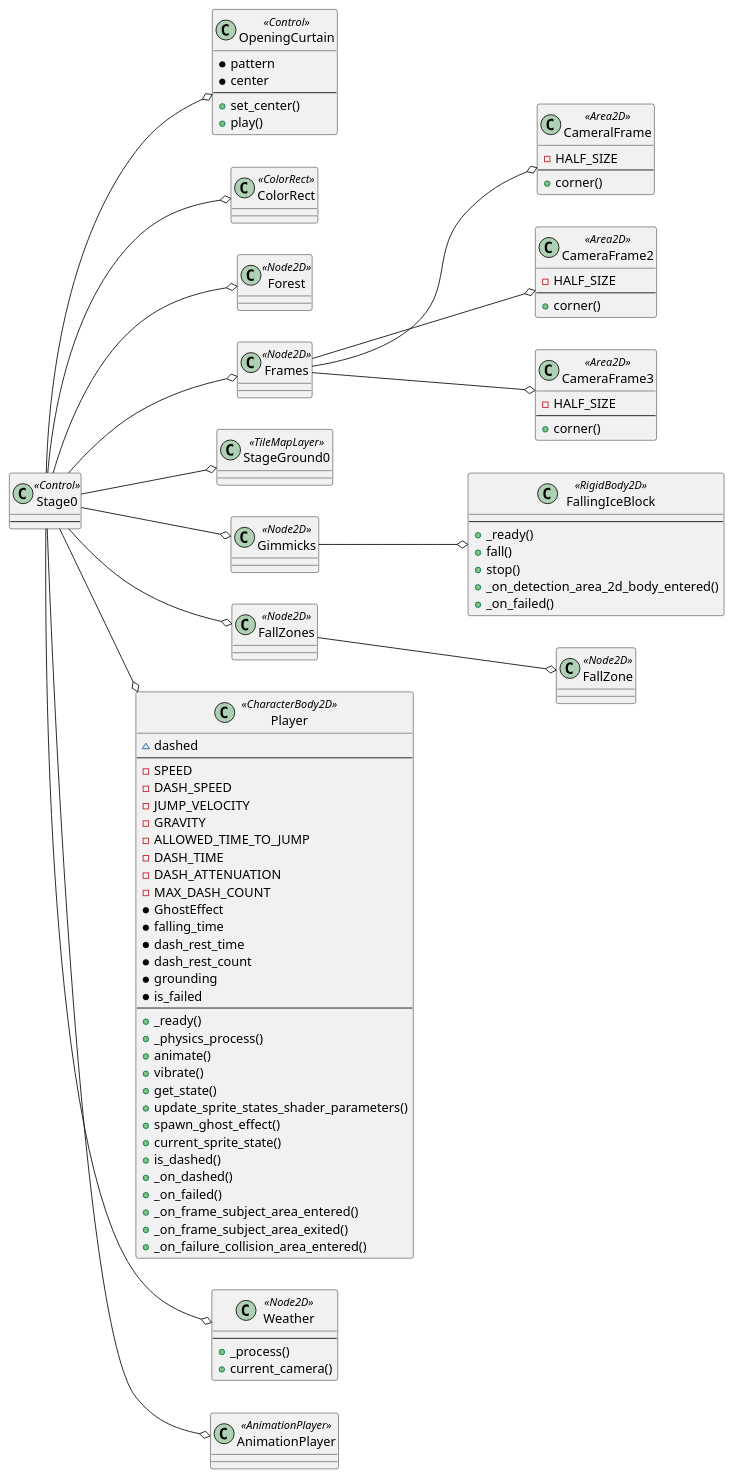
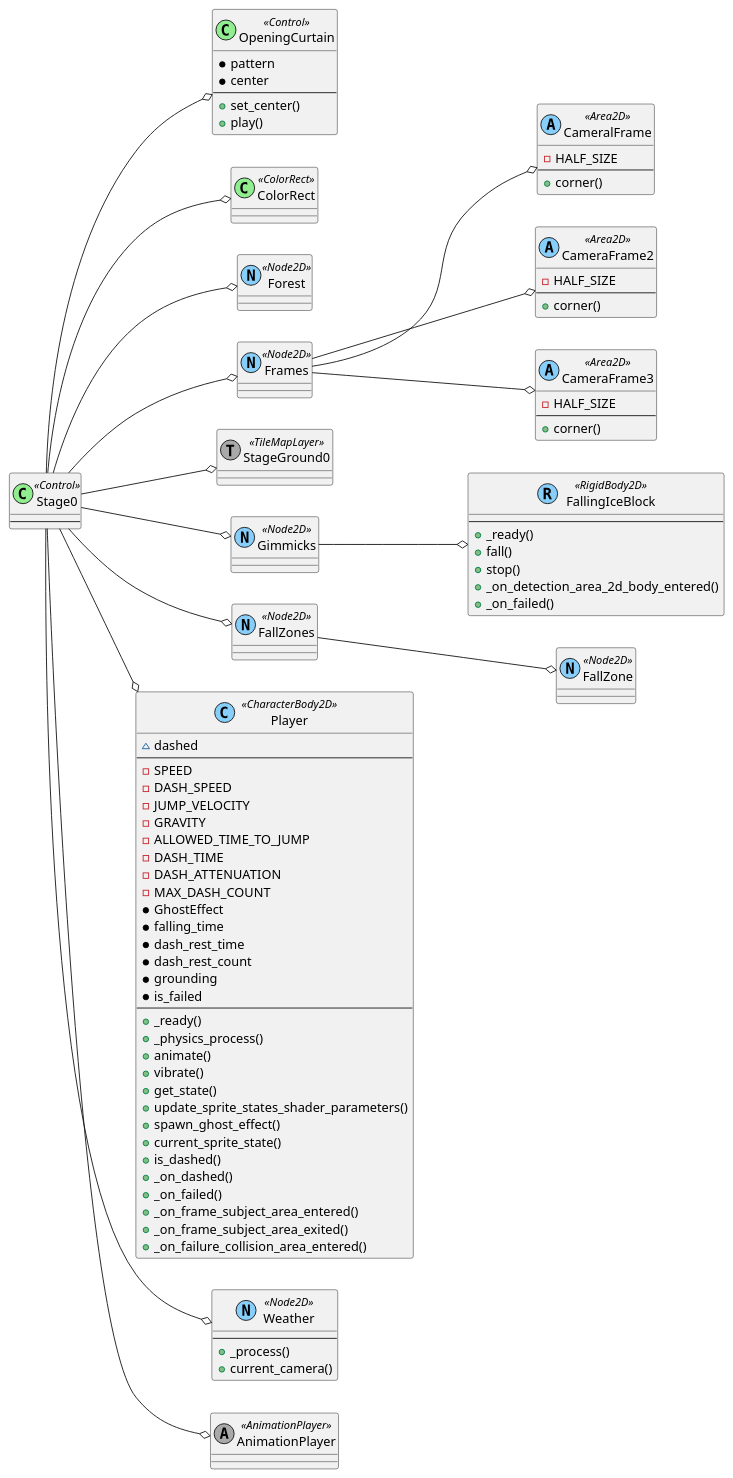
Before and after one commit to tkmfujise/Platformer-Game-Learning: the diagram in content/scenes/src/chapters/0/stages/0/stage_0.tscn.adoc, drawn with PlantUML. The commit also changed 69 other files, not shown here.

Commit message:
Change scene diagram class color

```diff
--- a/content/scenes/src/chapters/0/stages/0/stage_0.tscn.adoc
+++ b/content/scenes/src/chapters/0/stages/0/stage_0.tscn.adoc
@@ -9,41 +9,41 @@
 [plantuml]
 ....
-class ROOT as "Stage0" <<Control>> {
+class ROOT as "Stage0" <<(C,lightgreen) Control>> {
 ---
 }
-class OpeningCurtain as "OpeningCurtain" <<Control>> {
+class OpeningCurtain as "OpeningCurtain" <<(C,lightgreen) Control>> {
   * pattern
   * center
 ---
   + set_center()
   + play()
 }
-class ColorRect as "ColorRect" <<ColorRect>> {
+class ColorRect as "ColorRect" <<(C,lightgreen) ColorRect>> {
 }
-class Forest as "Forest" <<Node2D>> {
+class Forest as "Forest" <<(N,lightskyblue) Node2D>> {
 }
-class Frames as "Frames" <<Node2D>> {
+class Frames as "Frames" <<(N,lightskyblue) Node2D>> {
 }
-class Frames_CameralFrame as "CameralFrame" <<Area2D>> {
+class Frames_CameralFrame as "CameralFrame" <<(A,lightskyblue) Area2D>> {
   - HALF_SIZE
 ---
   + corner()
 }
-class Frames_CameraFrame2 as "CameraFrame2" <<Area2D>> {
+class Frames_CameraFrame2 as "CameraFrame2" <<(A,lightskyblue) Area2D>> {
   - HALF_SIZE
 ---
   + corner()
 }
-class Frames_CameraFrame3 as "CameraFrame3" <<Area2D>> {
+class Frames_CameraFrame3 as "CameraFrame3" <<(A,lightskyblue) Area2D>> {
   - HALF_SIZE
 ---
   + corner()
 }
-class StageGround0 as "StageGround0" <<TileMapLayer>> {
+class StageGround0 as "StageGround0" <<(T,darkgray) TileMapLayer>> {
 }
-class Gimmicks as "Gimmicks" <<Node2D>> {
+class Gimmicks as "Gimmicks" <<(N,lightskyblue) Node2D>> {
 }
-class Gimmicks_FallingIceBlock as "FallingIceBlock" <<RigidBody2D>> {
+class Gimmicks_FallingIceBlock as "FallingIceBlock" <<(R,lightskyblue) RigidBody2D>> {
 ---
   + _ready()
   + fall()
@@ -51,11 +51,11 @@
   + _on_detection_area_2d_body_entered()
   + _on_failed()
 }
-class FallZones as "FallZones" <<Node2D>> {
+class FallZones as "FallZones" <<(N,lightskyblue) Node2D>> {
 }
-class FallZones_FallZone as "FallZone" <<Node2D>> {
+class FallZones_FallZone as "FallZone" <<(N,lightskyblue) Node2D>> {
 }
-class Player as "Player" <<CharacterBody2D>> {
+class Player as "Player" <<(C,lightskyblue) CharacterBody2D>> {
   ~ dashed
 ---
   - SPEED
@@ -88,12 +88,12 @@
   + _on_frame_subject_area_exited()
   + _on_failure_collision_area_entered()
 }
-class Weather as "Weather" <<Node2D>> {
+class Weather as "Weather" <<(N,lightskyblue) Node2D>> {
 ---
   + _process()
   + current_camera()
 }
-class AnimationPlayer as "AnimationPlayer" <<AnimationPlayer>> {
+class AnimationPlayer as "AnimationPlayer" <<(A,darkgray) AnimationPlayer>> {
 }
 ROOT --o OpeningCurtain
 ROOT --o ColorRect
```
